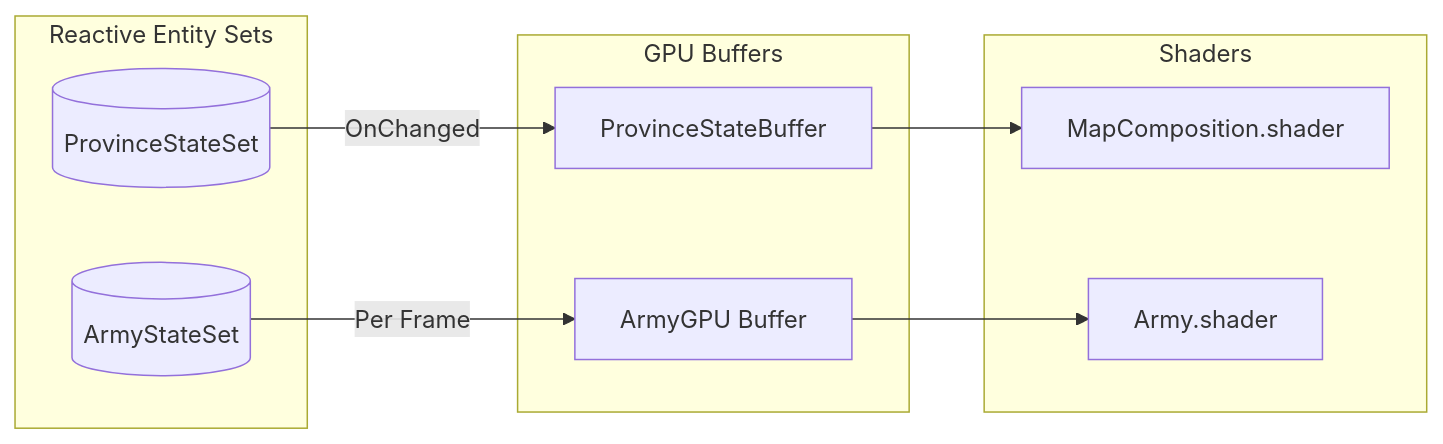
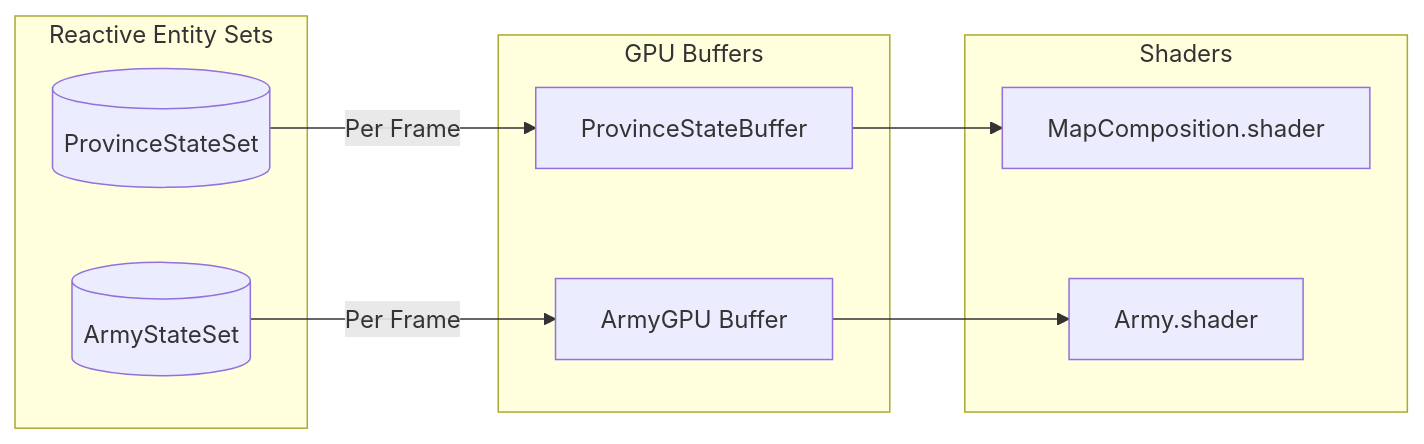
The third of 4 diagrams in en/samples/tiny-history-demo/architecture.md (tang3cko/ReactiveSO-docs), drawn with Mermaid before and after one commit. The commit also changed other lines of this file and 5 other files, not shown here.

````diff
--- a/en/samples/tiny-history-demo/architecture.md
+++ b/en/samples/tiny-history-demo/architecture.md
@@ -152,20 +152,20 @@
 ```mermaid
 graph LR
     subgraph "Reactive Entity Sets"
         P_SET[(ProvinceStateSet)]
         A_SET[(ArmyStateSet)]
     end
 
     subgraph "GPU Buffers"
         P_BUF[ProvinceStateBuffer]
         A_BUF[ArmyGPU Buffer]
     end
 
     subgraph "Shaders"
         MAP[MapComposition.shader]
         ARMY[Army.shader]
     end
 
-    P_SET --> |OnChanged| P_BUF --> MAP
+    P_SET --> |Per Frame| P_BUF --> MAP
     A_SET --> |Per Frame| A_BUF --> ARMY
 ```
````
